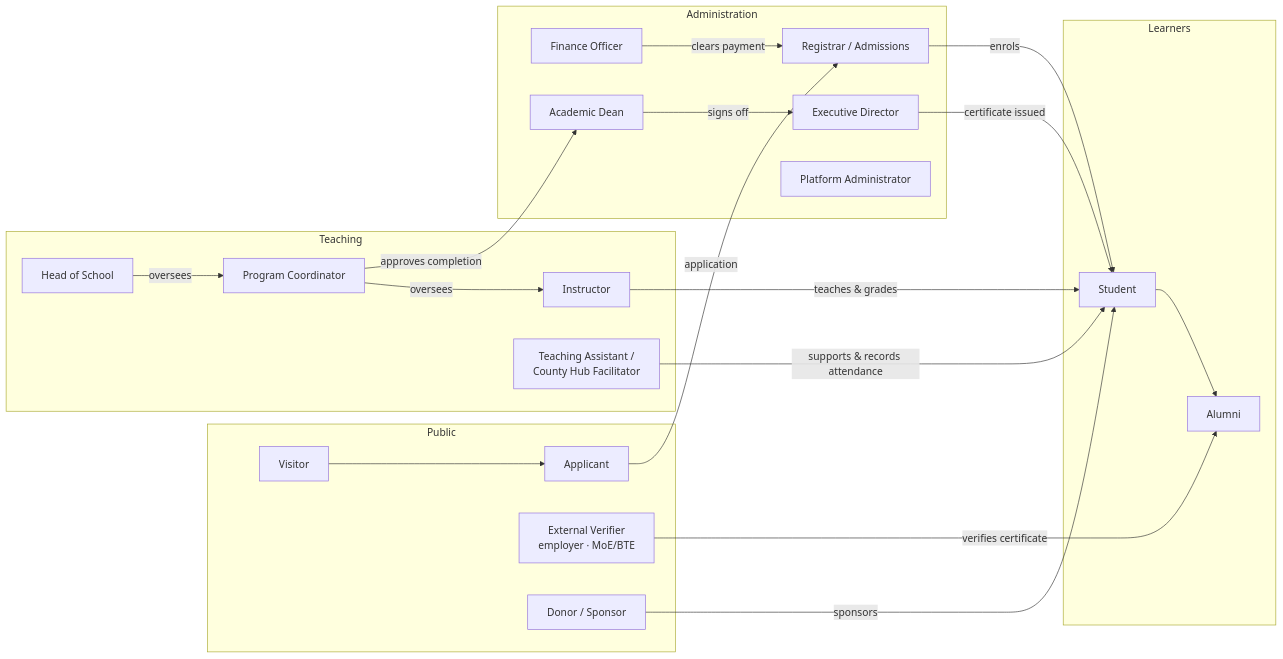
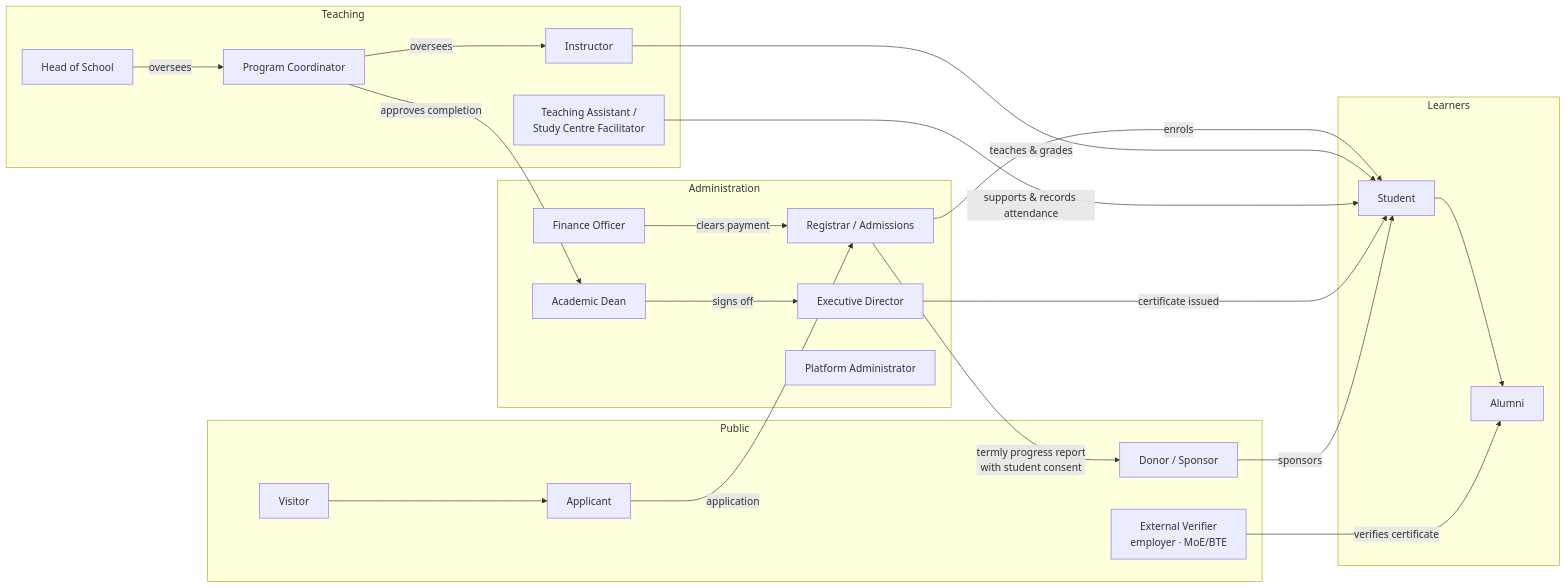
Before and after one commit to tolbertinnovation-debug/TIME: the second of 3 diagrams in docs/online-learning-blueprint.md, drawn with Mermaid. The commit also changed other lines of this file and 4 other files, not shown here.

````diff
--- a/docs/online-learning-blueprint.md
+++ b/docs/online-learning-blueprint.md
@@ -76,36 +88,37 @@
 ```mermaid
 flowchart LR
   subgraph Public
     V[Visitor] --> AP[Applicant]
     EV[External Verifier<br/>employer · MoE/BTE]
     DN[Donor / Sponsor]
   end
   subgraph Learners
     ST[Student] --> AL[Alumni]
   end
   subgraph Teaching
     IN[Instructor]
-    TA[Teaching Assistant /<br/>County Hub Facilitator]
+    TA[Teaching Assistant /<br/>Study Centre Facilitator]
     PC[Program Coordinator]
     HS[Head of School]
   end
   subgraph Administration
     RG[Registrar / Admissions]
     FN[Finance Officer]
     AD[Academic Dean]
     ED[Executive Director]
     SA[Platform Administrator]
   end
   AP -- application --> RG
   RG -- enrols --> ST
   FN -- clears payment --> RG
   IN -- teaches & grades --> ST
   TA -- supports & records attendance --> ST
   PC -- approves completion --> AD
   AD -- signs off --> ED
   ED -- certificate issued --> ST
   EV -- verifies certificate --> AL
   DN -- sponsors --> ST
+  RG -- termly progress report<br/>with student consent --> DN
   HS -- oversees --> PC
   PC -- oversees --> IN
 ```
````
